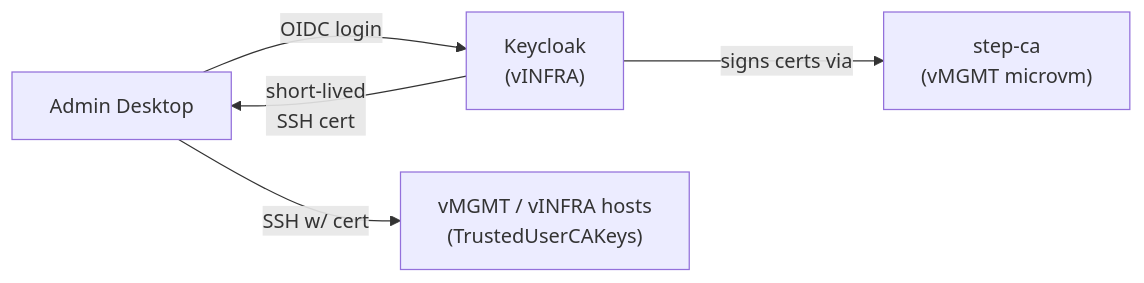
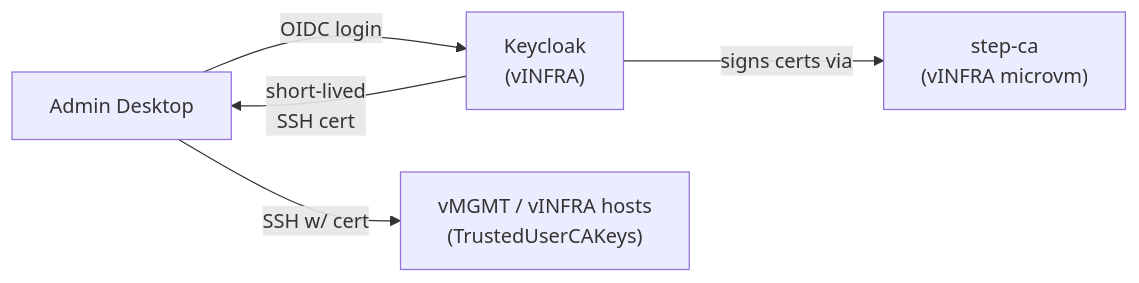
Before and after one commit to mutantmell/dotfiles: the first of 4 diagrams in llm-notes/ssh-certificates-sso-plan.md, drawn with Mermaid. The commit also changed other lines of this file, not shown here.

````diff
--- a/llm-notes/ssh-certificates-sso-plan.md
+++ b/llm-notes/ssh-certificates-sso-plan.md
@@ -21,12 +21,12 @@
 ```mermaid
 flowchart LR
     Admin["Admin Desktop"]
     KC["Keycloak\n(vINFRA)"]
-    CA["step-ca\n(vMGMT microvm)"]
+    CA["step-ca\n(vINFRA microvm)"]
     Hosts["vMGMT / vINFRA hosts\n(TrustedUserCAKeys)"]
 
     Admin -- "OIDC login" --> KC
     KC -- "short-lived\nSSH cert" --> Admin
     KC -- "signs certs via" --> CA
     Admin -- "SSH w/ cert" --> Hosts
 ```
````
